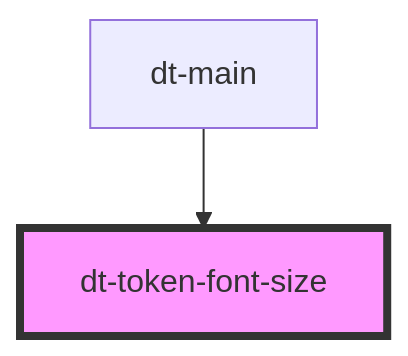
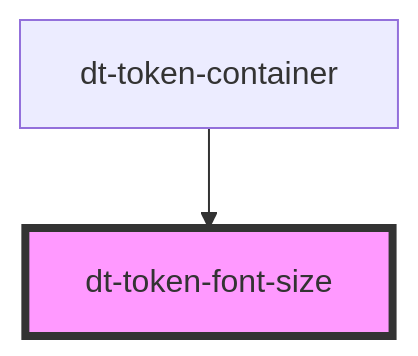
One commit to genexuslabs/design-tokens-editor changed the diagram in src/components/token-font-size/readme.md. Above: the diagram before and after it, drawn with Mermaid. The commit also changed other lines of this file and 33 other files, not shown here.

Commit message:
finish token-container code

````diff
--- a/src/components/token-font-size/readme.md
+++ b/src/components/token-font-size/readme.md
@@ -22,5 +22,5 @@
 ```mermaid
 graph TD;
-  dt-main --> dt-token-font-size
+  dt-token-container --> dt-token-font-size
   style dt-token-font-size fill:#f9f,stroke:#333,stroke-width:4px
 ```
````
